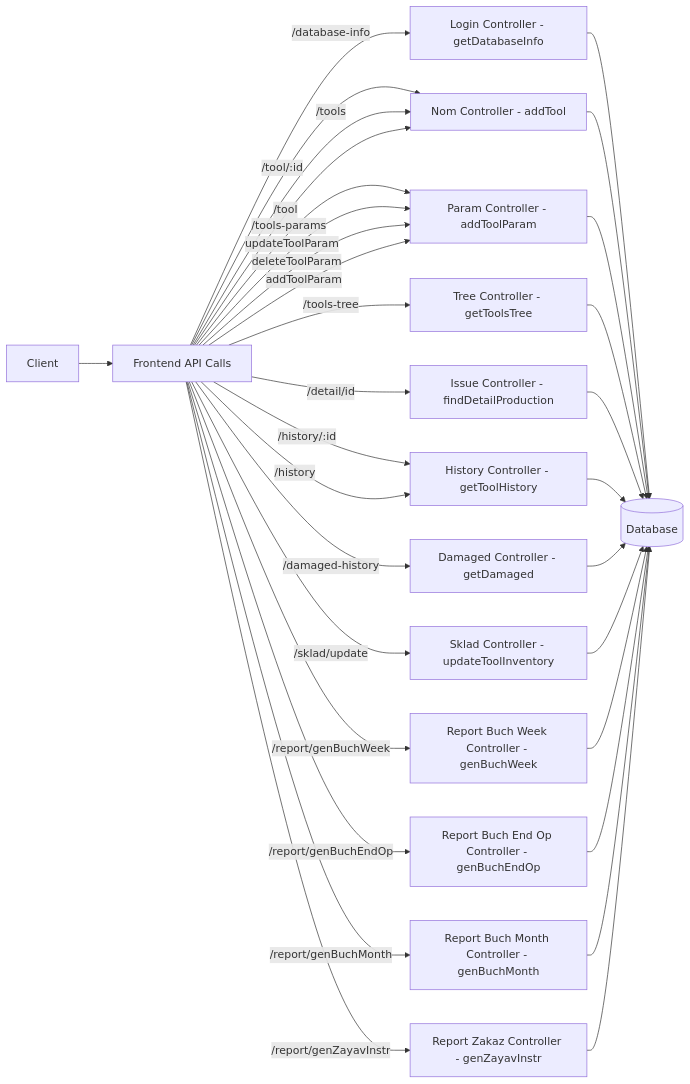
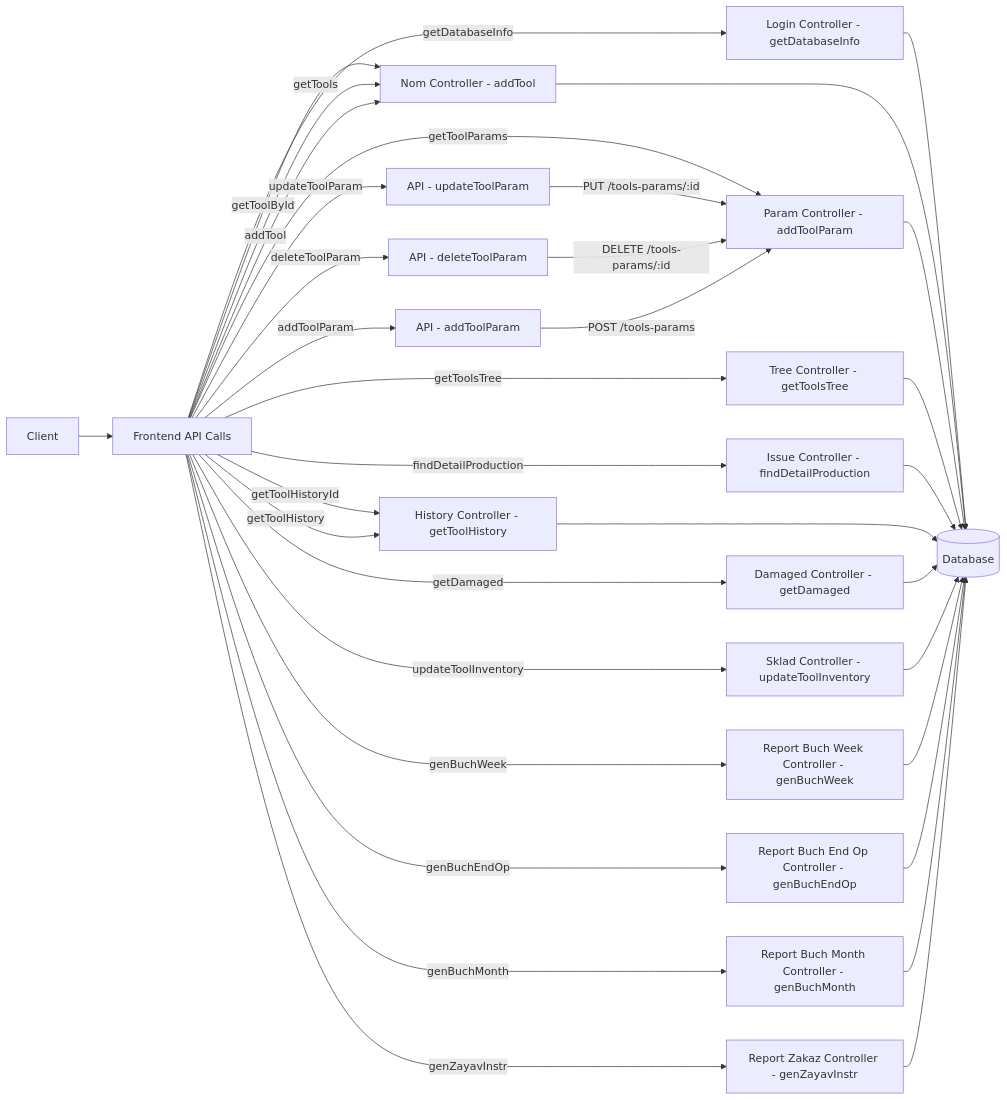
One commit to i5anin/vue.soft.pfforum changed the diagram in README.md. Above: the diagram before and after it, drawn with Mermaid.

````diff
--- a/README.md
+++ b/README.md
@@ -3,37 +3,42 @@
 ```mermaid
 graph LR
     client[Client] --> frontEnd[Frontend API Calls]
-    
-    frontEnd -->|"/database-info"| loginController[Login Controller - getDatabaseInfo]
-    frontEnd -->|"/tool/:id"| nomController[Nom Controller - getToolById]
-    frontEnd -->|"/tools"| nomController[Nom Controller - getTools]
-    frontEnd -->|"/tool"| nomController[Nom Controller - addTool]
-    frontEnd -->|"/tools-params"| paramController[Param Controller - getToolParams]
-    frontEnd -->|"/tools-tree"| treeController[Tree Controller - getToolsTree]
-    frontEnd -->|"/detail/id"| issueController[Issue Controller - findDetailProduction]
-    frontEnd -->|"/history/:id"| historyController[History Controller - getToolHistoryId]
-    frontEnd -->|"/history"| historyController[History Controller - getToolHistory]
-    frontEnd -->|"/damaged-history"| damagedController[Damaged Controller - getDamaged]
-    frontEnd -->|"/sklad/update"| skladController[Sklad Controller - updateToolInventory]
-    frontEnd -->|"/report/genBuchWeek"| reportBuchWeekController[Report Buch Week Controller - genBuchWeek]
-    frontEnd -->|"/report/genBuchEndOp"| reportBuchEndOpController[Report Buch End Op Controller - genBuchEndOp]
-    frontEnd -->|"/report/genBuchMonth"| reportBuchMonthController[Report Buch Month Controller - genBuchMonth]
-    frontEnd -->|"/report/genZayavInstr"| reportZakazController[Report Zakaz Controller - genZayavInstr]
-    
-    frontEnd -->|updateToolParam| paramController[Param Controller - updateToolParam]
-    frontEnd -->|deleteToolParam| paramController[Param Controller - deleteToolParam]
-    frontEnd -->|addToolParam| paramController[Param Controller - addToolParam]
+
+    frontEnd -->|getDatabaseInfo| loginController[Login Controller - getDatabaseInfo]
+    frontEnd -->|getToolById| nomController[Nom Controller - getToolById]
+    frontEnd -->|getTools| nomController[Nom Controller - getTools]
+    frontEnd -->|addTool| nomController[Nom Controller - addTool]
+    frontEnd -->|getToolParams| paramController[Param Controller - getToolParams]
+    frontEnd -->|getToolsTree| treeController[Tree Controller - getToolsTree]
+    frontEnd -->|findDetailProduction| issueController[Issue Controller - findDetailProduction]
+    frontEnd -->|getToolHistoryId| historyController[History Controller - getToolHistoryId]
+    frontEnd -->|getToolHistory| historyController[History Controller - getToolHistory]
+    frontEnd -->|getDamaged| damagedController[Damaged Controller - getDamaged]
+    frontEnd -->|updateToolInventory| skladController[Sklad Controller - updateToolInventory]
+    frontEnd -->|genBuchWeek| reportBuchWeekController[Report Buch Week Controller - genBuchWeek]
+    frontEnd -->|genBuchEndOp| reportBuchEndOpController[Report Buch End Op Controller - genBuchEndOp]
+    frontEnd -->|genBuchMonth| reportBuchMonthController[Report Buch Month Controller - genBuchMonth]
+    frontEnd -->|genZayavInstr| reportZakazController[Report Zakaz Controller - genZayavInstr]
+
+    frontEnd -->|updateToolParam| apiUpdate[API - updateToolParam]
+    frontEnd -->|deleteToolParam| apiDelete[API - deleteToolParam]
+    frontEnd -->|addToolParam| apiAdd[API - addToolParam]
+
+    apiUpdate -->|PUT /tools-params/:id| paramController[Param Controller - updateToolParam]
+    apiDelete -->|DELETE /tools-params/:id| paramController[Param Controller - deleteToolParam]
+    apiAdd -->|POST /tools-params| paramController[Param Controller - addToolParam]
 
     loginController --> db[(Database)]
     nomController --> db
     paramController --> db
     treeController --> db
     issueController --> db
     historyController --> db
     damagedController --> db
     skladController --> db
     reportBuchWeekController --> db
     reportBuchEndOpController --> db
     reportBuchMonthController --> db
     reportZakazController --> db
+
 ```
````
